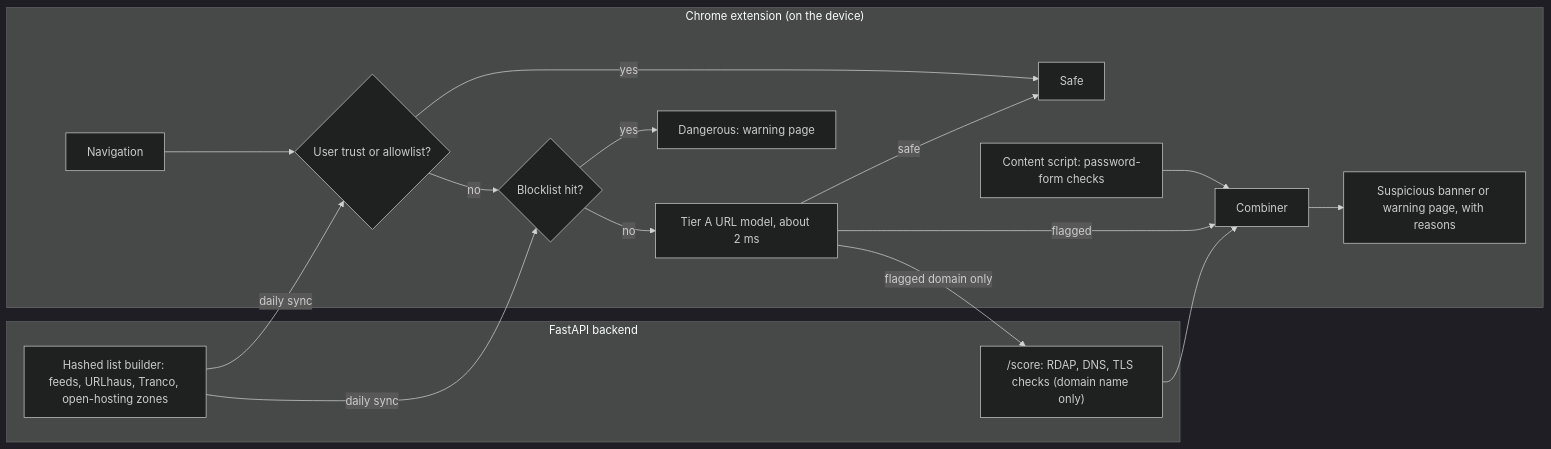
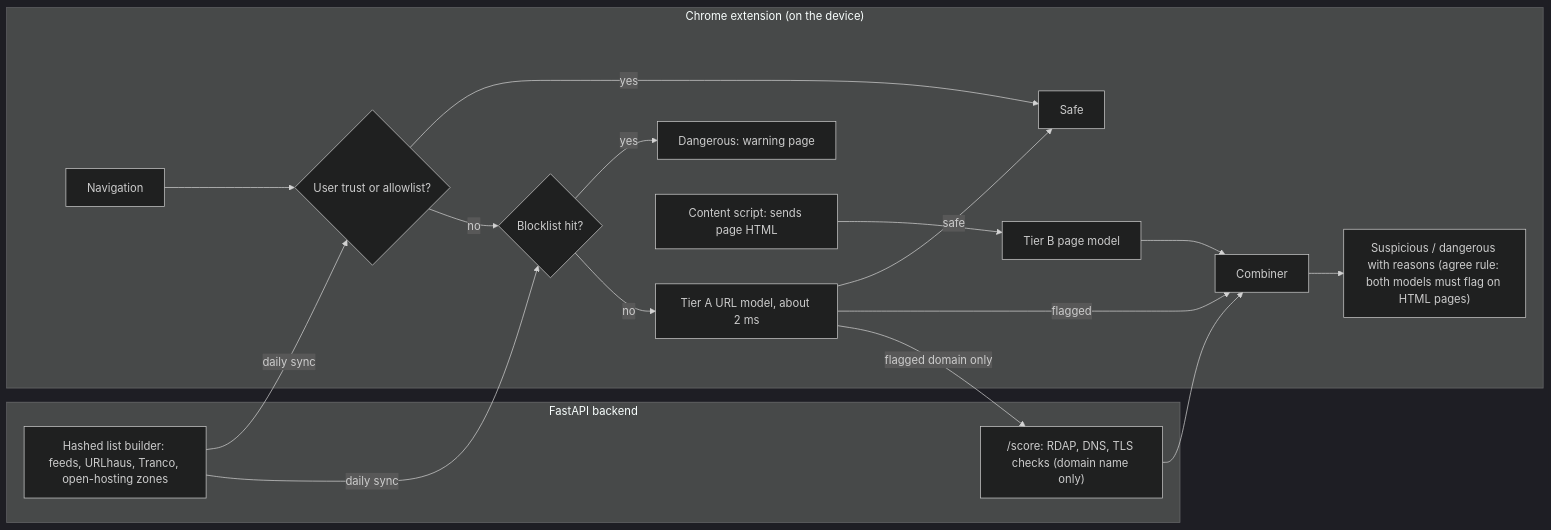
The diagram in README.md (gangwaritvik/phishdrift), drawn with Mermaid (dark theme) before and after one commit. The commit also changed other lines of this file, not shown here.

First line of the commit message:
Update README results table with final blend2 (agree rule) numbers

````diff
--- a/README.md
+++ b/README.md
@@ -34,21 +44,21 @@
 ```mermaid
 flowchart LR
     subgraph Browser["Chrome extension (on the device)"]
         N[Navigation] --> T{User trust or allowlist?}
         T -- yes --> S[Safe]
         T -- no --> B{Blocklist hit?}
         B -- yes --> D[Dangerous: warning page]
         B -- no --> M[Tier A URL model, about 2 ms]
         M -- safe --> S
         M -- flagged --> C[Combiner]
-        P[Content script: password-form checks] --> C
-        C --> W[Suspicious banner or warning page, with reasons]
+        P[Content script: sends page HTML] --> PG[Tier B page model] --> C
+        C --> W["Suspicious / dangerous with reasons (agree rule: both models must flag on HTML pages)"]
     end
     subgraph Backend["FastAPI backend"]
         L[Hashed list builder: feeds, URLhaus, Tranco, open-hosting zones]
         Q["/score: RDAP, DNS, TLS checks (domain name only)"]
     end
     L -- daily sync --> T
     L -- daily sync --> B
     M -- flagged domain only --> Q --> C
 ```
````
